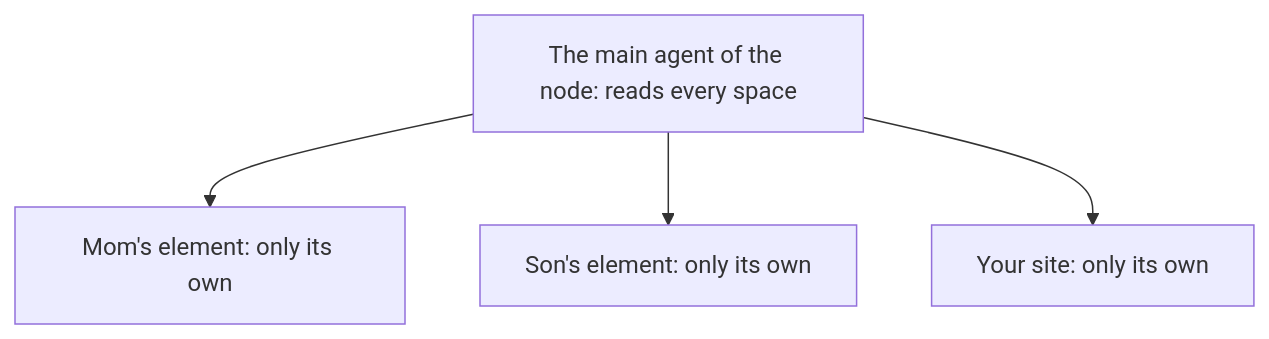
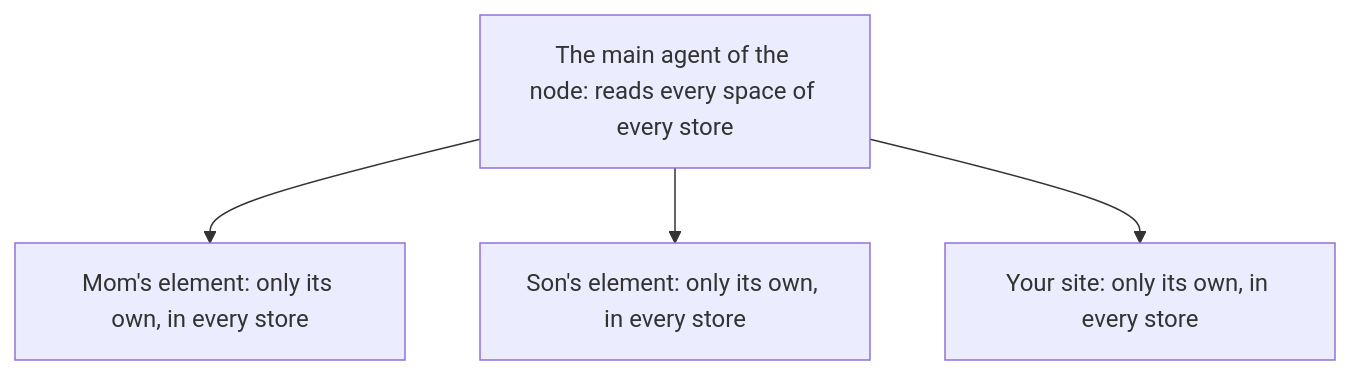
Before and after one commit to Fractera/web4-node-starter-kit: the diagram in README.md, drawn with Mermaid. The commit also changed other lines of this file and 7 other files, not shown here.

````diff
--- a/README.md
+++ b/README.md
@@ -86,7 +87,7 @@
 ```mermaid
 flowchart TB
-  main["The main agent of the node: reads every space"]
-  main --> mom["Mom's element: only its own"]
-  main --> son["Son's element: only its own"]
-  main --> site["Your site: only its own"]
+  main["The main agent of the node: reads every space of every store"]
+  main --> mom["Mom's element: only its own, in every store"]
+  main --> son["Son's element: only its own, in every store"]
+  main --> site["Your site: only its own, in every store"]
 ```
````
